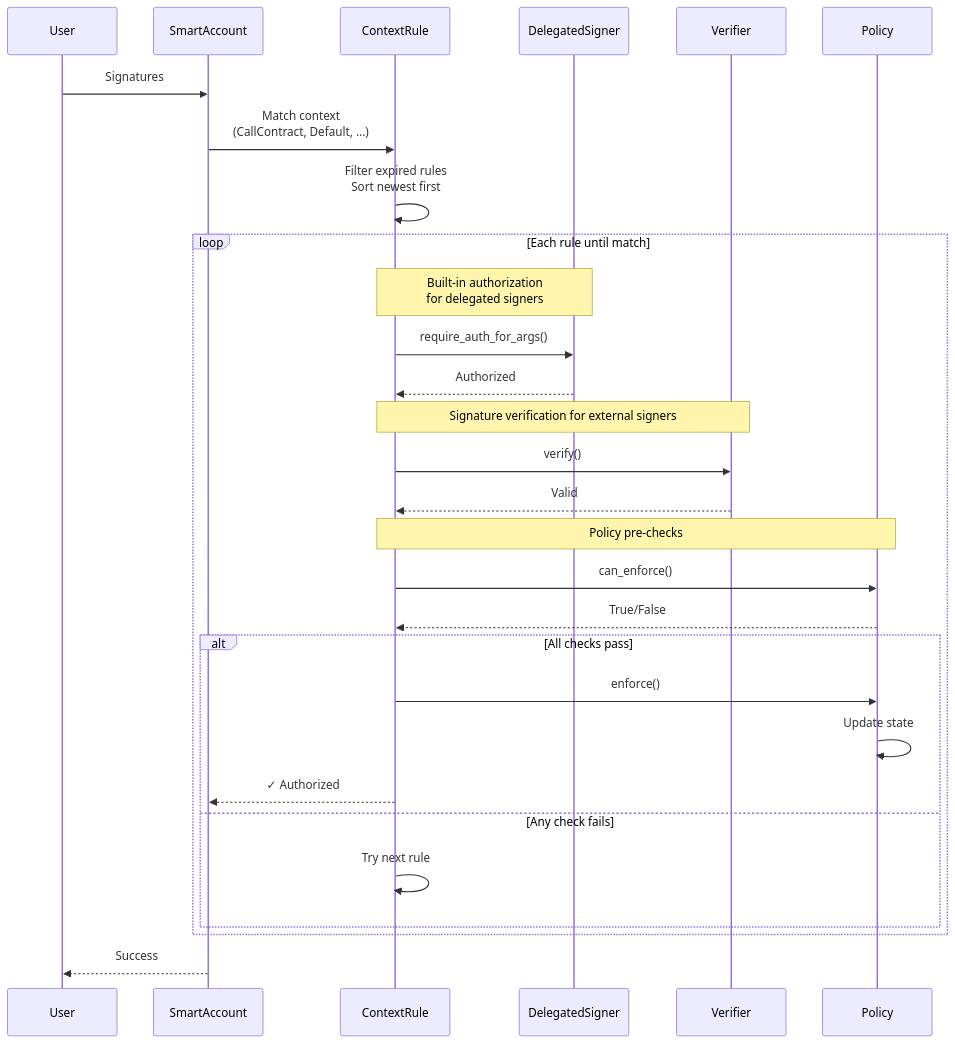
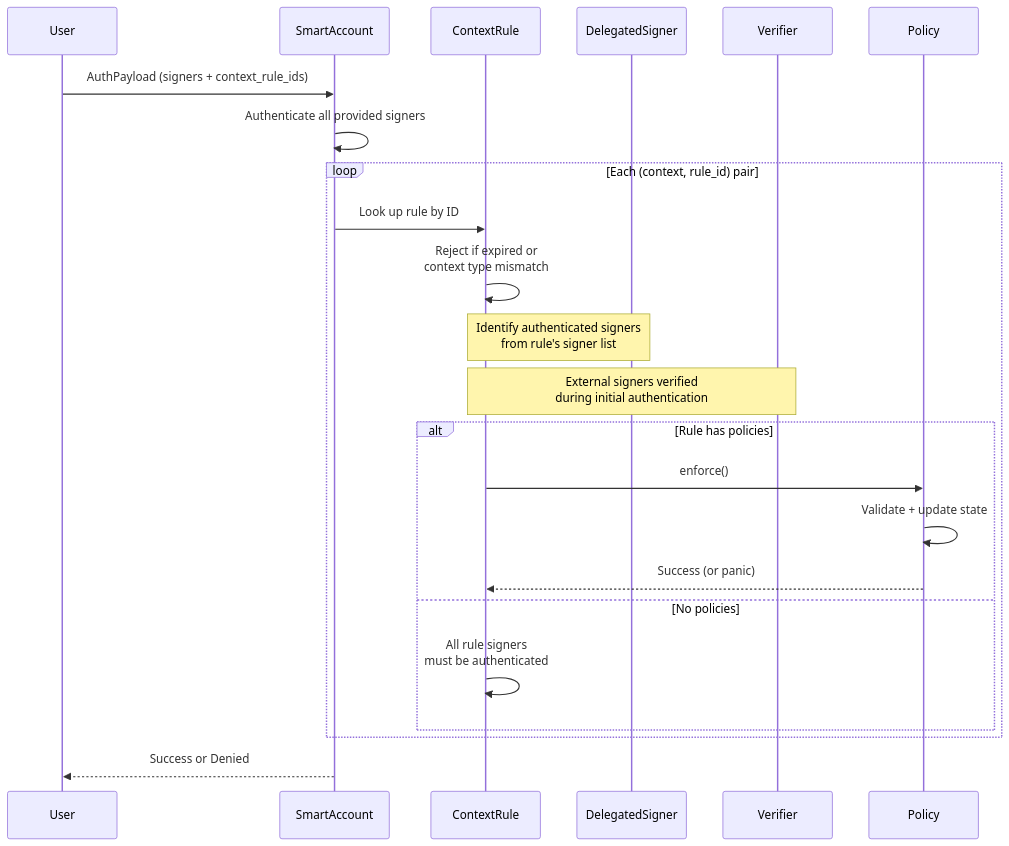
One commit to OpenZeppelin/docs changed the diagram in content/stellar-contracts/accounts/authorization-flow.mdx. Above: the diagram before and after it, drawn with Mermaid. The commit also changed other lines of this file and 14 other files, not shown here.

````diff
--- a/content/stellar-contracts/accounts/authorization-flow.mdx
+++ b/content/stellar-contracts/accounts/authorization-flow.mdx
@@ -8,37 +29,30 @@
 ```mermaid
 sequenceDiagram
     participant User
     participant SmartAccount
     participant ContextRule
     participant DelegatedSigner
     participant Verifier
     participant Policy
 
-    User->>SmartAccount: Signatures
-    SmartAccount->>ContextRule: Match context<br/>(CallContract, Default, ...)
-    ContextRule->>ContextRule: Filter expired rules<br/>Sort newest first
+    User->>SmartAccount: AuthPayload (signers + context_rule_ids)
+    SmartAccount->>SmartAccount: Authenticate all provided signers
 
-    loop Each rule until match
-        Note over ContextRule,DelegatedSigner: Built-in authorization <br/>for delegated signers
-        ContextRule->>DelegatedSigner: require_auth_for_args()
-        DelegatedSigner-->>ContextRule: Authorized
+    loop Each (context, rule_id) pair
+        SmartAccount->>ContextRule: Look up rule by ID
+        ContextRule->>ContextRule: Reject if expired or<br/>context type mismatch
 
-        Note over ContextRule,Verifier: Signature verification for external signers
-        ContextRule->>Verifier: verify()
-        Verifier-->>ContextRule: Valid
+        Note over ContextRule,DelegatedSigner: Identify authenticated signers<br/>from rule's signer list
+        Note over ContextRule,Verifier: External signers verified<br/>during initial authentication
 
-        Note over ContextRule,Policy: Policy pre-checks
-        ContextRule->>Policy: can_enforce()
-        Policy-->>ContextRule: True/False
-
-        alt All checks pass
+        alt Rule has policies
             ContextRule->>Policy: enforce()
-            Policy->>Policy: Update state
-            ContextRule-->>SmartAccount: ✓ Authorized
-        else Any check fails
-            ContextRule->>ContextRule: Try next rule
+            Policy->>Policy: Validate + update state
+            Policy-->>ContextRule: Success (or panic)
+        else No policies
+            ContextRule->>ContextRule: All rule signers<br/>must be authenticated
         end
     end
 
-    SmartAccount-->>User: Success
+    SmartAccount-->>User: Success or Denied
 ```
````
